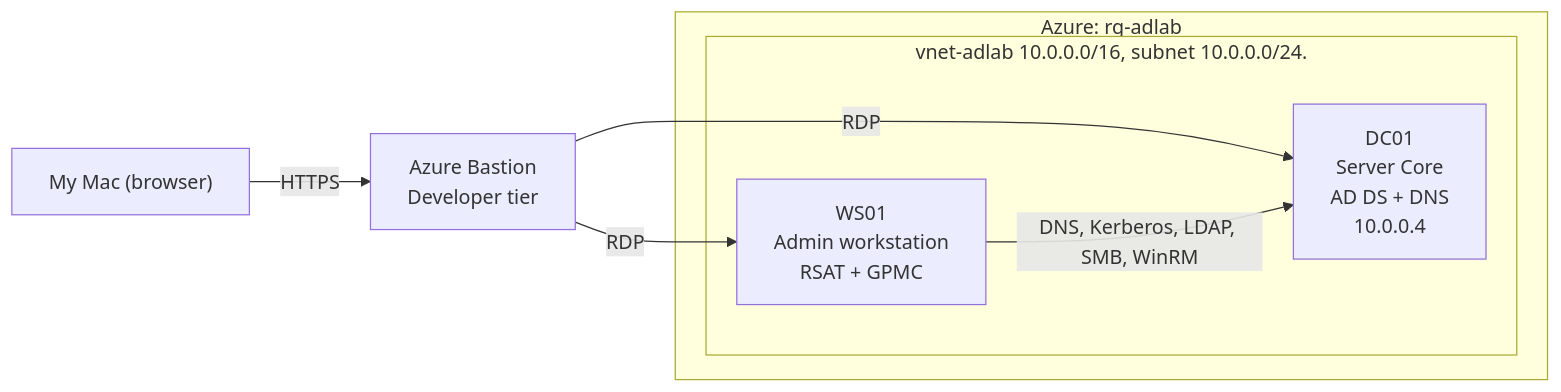
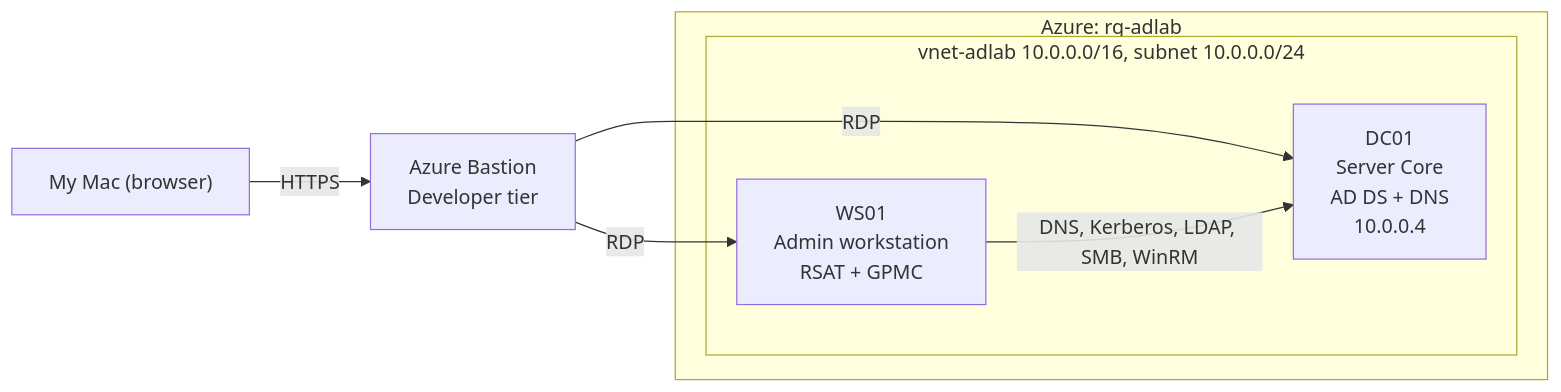
The diagram in README.md (michaeladeboye/azure-ad-lab), drawn with Mermaid before and after one commit.

Commit message:
Fix subnet description in flowchart
Removed a period from the subnet description in the flowchart.

````diff
--- a/README.md
+++ b/README.md
@@ -8,15 +8,15 @@
 ```mermaid
 flowchart LR
     mac["My Mac (browser)"] -->|HTTPS| bastion["Azure Bastion<br/>Developer tier"]
 
     subgraph azure["Azure: rg-adlab"]
-        subgraph vnet["vnet-adlab 10.0.0.0/16, subnet 10.0.0.0/24."]
+        subgraph vnet["vnet-adlab 10.0.0.0/16, subnet 10.0.0.0/24"]
             dc["DC01<br/>Server Core<br/>AD DS + DNS<br/>10.0.0.4"]
             ws["WS01<br/>Admin workstation<br/>RSAT + GPMC"]
         end
     end
 
     bastion -->|RDP| dc
     bastion -->|RDP| ws
     ws -->|DNS, Kerberos, LDAP, SMB, WinRM| dc
 ```
````
